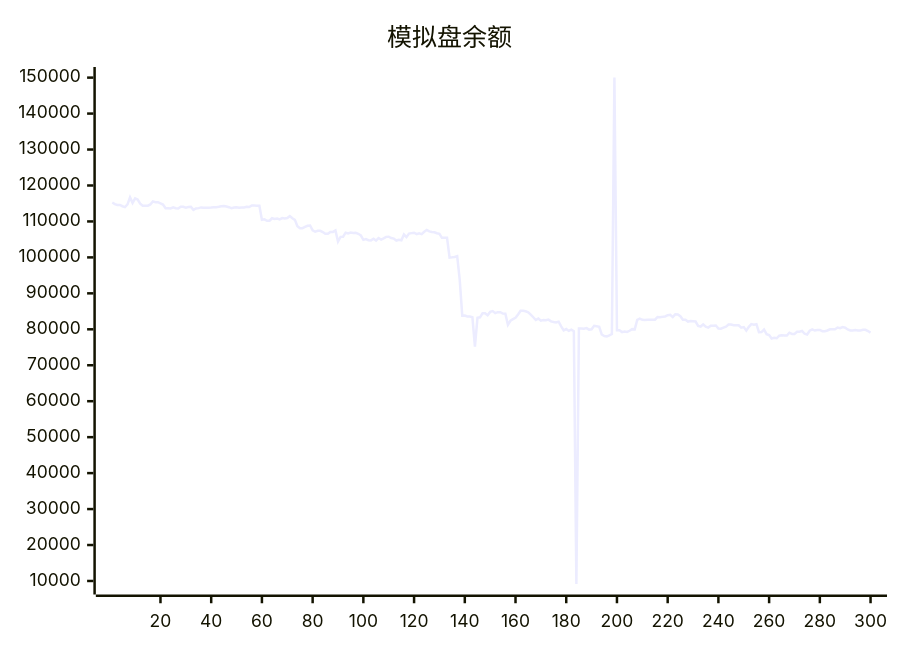
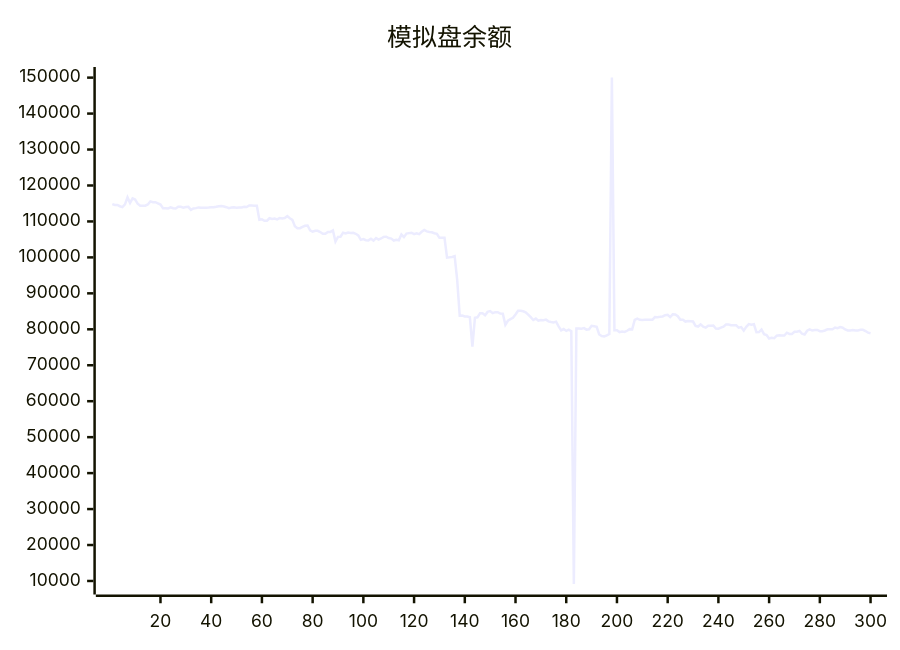
Before and after one commit to aahl/ai-trading: the diagram in README.md, drawn with Mermaid. The commit also changed other lines of this file and 1 other file, not shown here.

````diff
--- a/README.md
+++ b/README.md
@@ -5,5 +5,5 @@
 ```mermaid
 xychart
     title "模拟盘余额"
-    line [115266,114830,114584,114588,114231,113973,114726,116697,115160,116423,116083,114950,114365,114365,114388,114730,115582,115358,115358,115032,114686,113688,113688,113610,113930,113672,113585,114083,114074,113840,113996,114051,113208,113593,113701,113901,113794,113784,113810,113848,113927,113929,114064,114232,114293,114144,113960,113698,113853,113942,113812,113908,113877,114091,113998,114427,114422,114384,114384,110477,110576,110198,110198,110890,110712,110812,110569,110929,110847,110968,111478,110870,110433,108661,108116,108115,108485,108797,108877,107536,107134,107393,107393,107046,106565,106565,107081,107081,107478,104404,105715,105749,106866,106651,106889,106771,106816,106565,106141,104876,105103,104796,104734,105169,104690,105380,104941,105272,105709,105739,105374,105227,104691,104924,104762,106364,105628,106608,106748,106872,106485,106721,106468,107132,107620,107224,107080,107001,106717,106567,105431,105431,105440,99950,100017,100113,100337,93749,83795,83807,83567,83567,83342,75168,83222,83336,84448,84449,83896,84839,85065,84499,84757,84757,84364,84347,81254,82385,82835,83184,84099,85150,85150,85002,84751,84096,83356,82582,82983,82404,82572,82512,82688,82200,82047,81920,82125,80840,79688,80060,79552,79920,79470,9193,80236,80208,80170,80336,79894,80006,80954,80837,80712,78561,78139,78037,78293,78682,150000,79720,79720,79214,79372,79279,79591,80046,79993,82625,82950,82626,82571,82633,82670,82670,82681,83386,83378,83464,83579,83920,84037,83402,84160,84142,83652,82655,82655,82145,82315,82243,82163,80934,80770,81371,80742,80468,80989,80989,81067,80191,80155,80450,80737,81309,81309,81106,81119,81119,80471,80631,79624,80670,81448,81290,81429,79212,79222,79940,78643,78380,77432,77623,77504,78235,78358,78284,78277,79048,78714,78714,79290,79308,79567,78763,78563,79603,79988,79652,79813,79813,79476,79469,79673,79995,80015,80015,80486,80314,80600,80436,79966,79689,79689,79819,79692,79692,79850,79850,79518,79071]
+    line [114830,114584,114588,114231,113973,114726,116697,115160,116423,116083,114950,114365,114365,114388,114730,115582,115358,115358,115032,114686,113688,113688,113610,113930,113672,113585,114083,114074,113840,113996,114051,113208,113593,113701,113901,113794,113784,113810,113848,113927,113929,114064,114232,114293,114144,113960,113698,113853,113942,113812,113908,113877,114091,113998,114427,114422,114384,114384,110477,110576,110198,110198,110890,110712,110812,110569,110929,110847,110968,111478,110870,110433,108661,108116,108115,108485,108797,108877,107536,107134,107393,107393,107046,106565,106565,107081,107081,107478,104404,105715,105749,106866,106651,106889,106771,106816,106565,106141,104876,105103,104796,104734,105169,104690,105380,104941,105272,105709,105739,105374,105227,104691,104924,104762,106364,105628,106608,106748,106872,106485,106721,106468,107132,107620,107224,107080,107001,106717,106567,105431,105431,105440,99950,100017,100113,100337,93749,83795,83807,83567,83567,83342,75168,83222,83336,84448,84449,83896,84839,85065,84499,84757,84757,84364,84347,81254,82385,82835,83184,84099,85150,85150,85002,84751,84096,83356,82582,82983,82404,82572,82512,82688,82200,82047,81920,82125,80840,79688,80060,79552,79920,79470,9193,80236,80208,80170,80336,79894,80006,80954,80837,80712,78561,78139,78037,78293,78682,150000,79720,79720,79214,79372,79279,79591,80046,79993,82625,82950,82626,82571,82633,82670,82670,82681,83386,83378,83464,83579,83920,84037,83402,84160,84142,83652,82655,82655,82145,82315,82243,82163,80934,80770,81371,80742,80468,80989,80989,81067,80191,80155,80450,80737,81309,81309,81106,81119,81119,80471,80631,79624,80670,81448,81290,81429,79212,79222,79940,78643,78380,77432,77623,77504,78235,78358,78284,78277,79048,78714,78714,79290,79308,79567,78763,78563,79603,79988,79652,79813,79813,79476,79469,79673,79995,80015,80015,80486,80314,80600,80436,79966,79689,79689,79819,79692,79692,79850,79850,79518,79071,78889]
 ```
````
